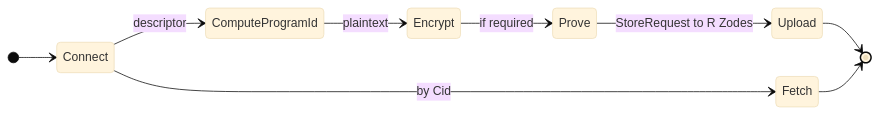
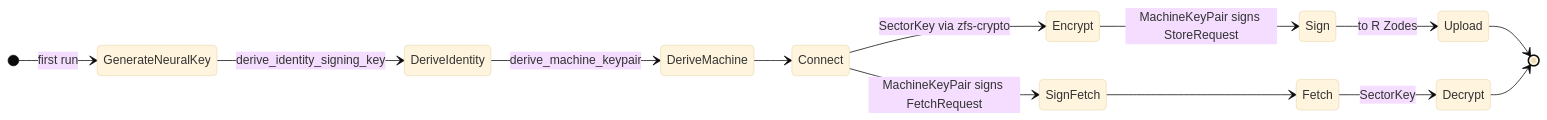
Before and after one commit to mightypex2-ux/the-grid: the diagram in docs/spec/v0.1.0/09-sdk.md, drawn with Mermaid (base theme). The commit also changed other lines of this file and 93 other files, not shown here.

First line of the commit message:
Add Rust workspace and expand spec with PQ-Hybrid crypto, signing, and new protocols

````diff
--- a/docs/spec/v0.1.0/09-sdk.md
+++ b/docs/spec/v0.1.0/09-sdk.md
@@ -62,12 +128,16 @@
 ```mermaid
 stateDiagram-v2
     direction LR
-    [*] --> Connect
-    Connect --> ComputeProgramId: descriptor
-    ComputeProgramId --> Encrypt: plaintext
-    Encrypt --> Prove: if required
-    Prove --> Upload: StoreRequest to R Zodes
+    [*] --> GenerateNeuralKey: first run
+    GenerateNeuralKey --> DeriveIdentity: derive_identity_signing_key
+    DeriveIdentity --> DeriveMachine: derive_machine_keypair
+    DeriveMachine --> Connect
+    Connect --> Encrypt: SectorKey via zfs-crypto
+    Encrypt --> Sign: MachineKeyPair signs StoreRequest
+    Sign --> Upload: to R Zodes
     Upload --> [*]
-    Connect --> Fetch: by Cid
-    Fetch --> [*]
+    Connect --> SignFetch: MachineKeyPair signs FetchRequest
+    SignFetch --> Fetch
+    Fetch --> Decrypt: SectorKey
+    Decrypt --> [*]
 ```
````
